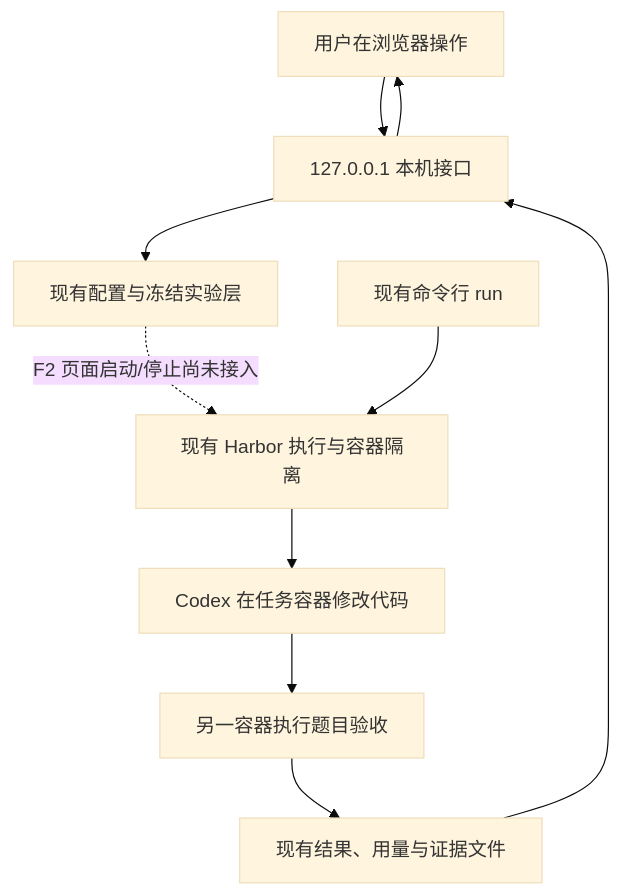
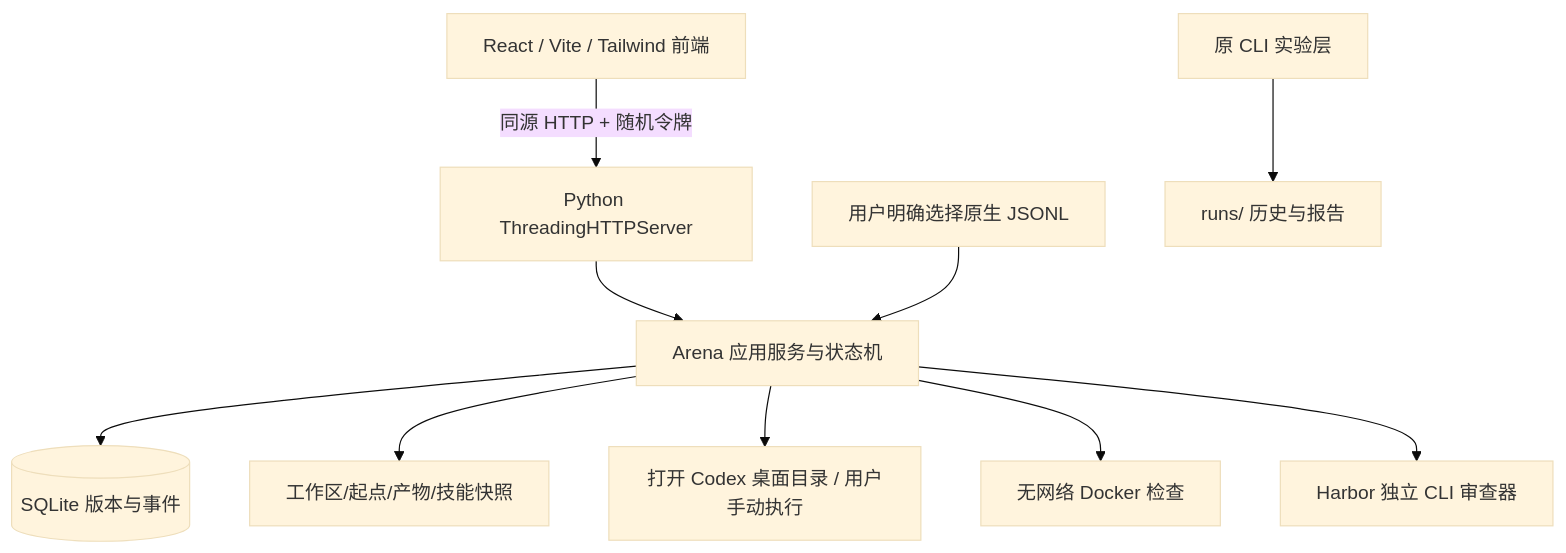
One commit to devonsagr/Codex-Harness-Bench changed the second of 2 diagrams in docs/PROJECT_SPEC.md. Above: the diagram before and after it, drawn with Mermaid (base theme). The commit also changed other lines of this file and 51 other files, not shown here.

````diff
--- a/docs/PROJECT_SPEC.md
+++ b/docs/PROJECT_SPEC.md
@@ -72,12 +43,12 @@
 ```mermaid
-flowchart TD
-    U[用户在浏览器操作] --> L[127.0.0.1 本机接口]
-    L --> P[现有配置与冻结实验层]
-    P -. F2 页面启动/停止尚未接入 .-> H[现有 Harbor 执行与容器隔离]
-    CLI[现有命令行 run] --> H
-    H --> C[Codex 在任务容器修改代码]
-    C --> V[另一容器执行题目验收]
-    V --> R[现有结果、用量与证据文件]
-    R --> L
-    L --> U
+flowchart TB
+  UI[React / Vite / Tailwind 前端] -->|同源 HTTP + 随机令牌| API[Python ThreadingHTTPServer]
+  API --> S[Arena 应用服务与状态机]
+  S --> DB[(SQLite 版本与事件)]
+  S --> FS[工作区/起点/产物/技能快照]
+  S --> Desktop[打开 Codex 桌面目录 / 用户手动执行]
+  S --> Checker[无网络 Docker 检查]
+  S --> Harbor[Harbor 独立 CLI 审查器]
+  Native[用户明确选择原生 JSONL] --> S
+  Legacy[原 CLI 实验层] --> LegacyFiles[runs/ 历史与报告]
 ```
````
